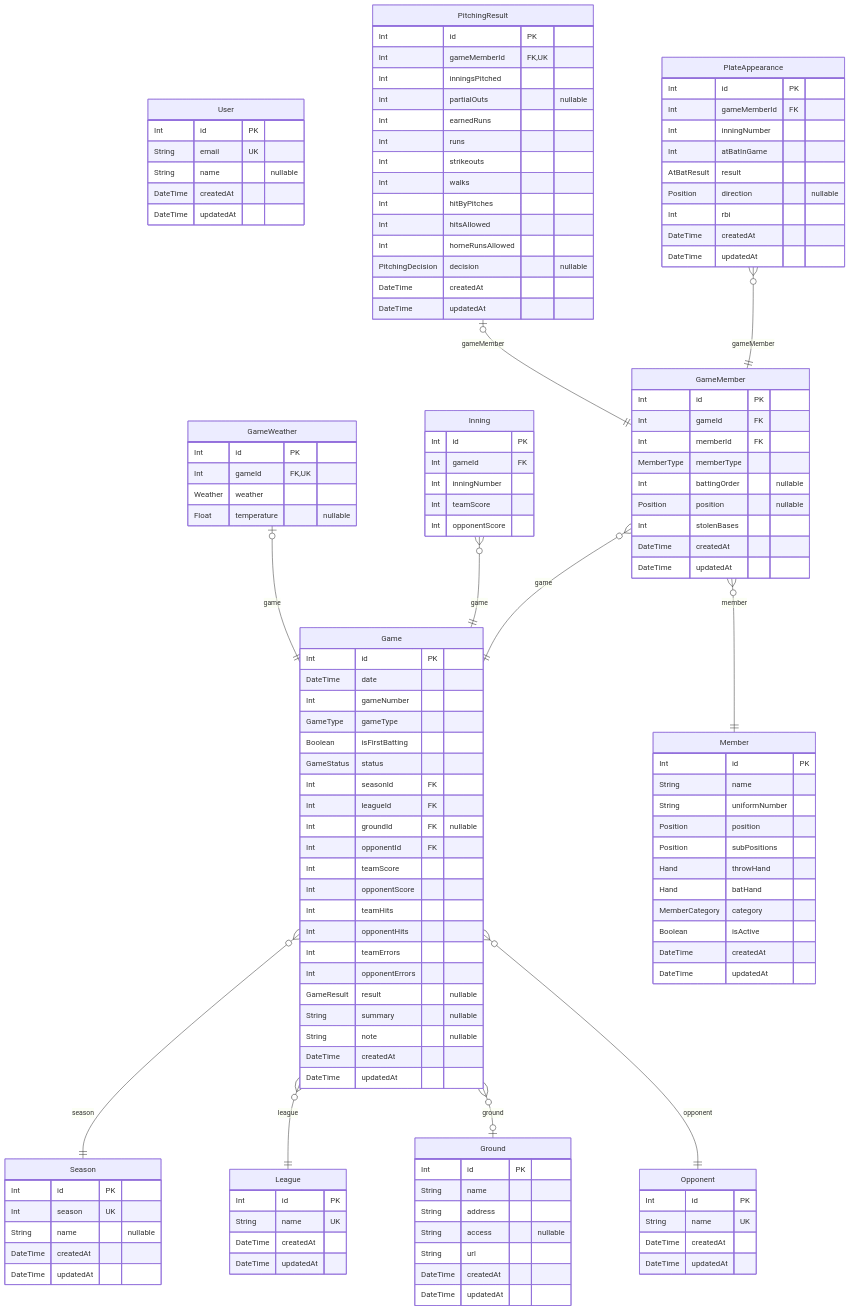
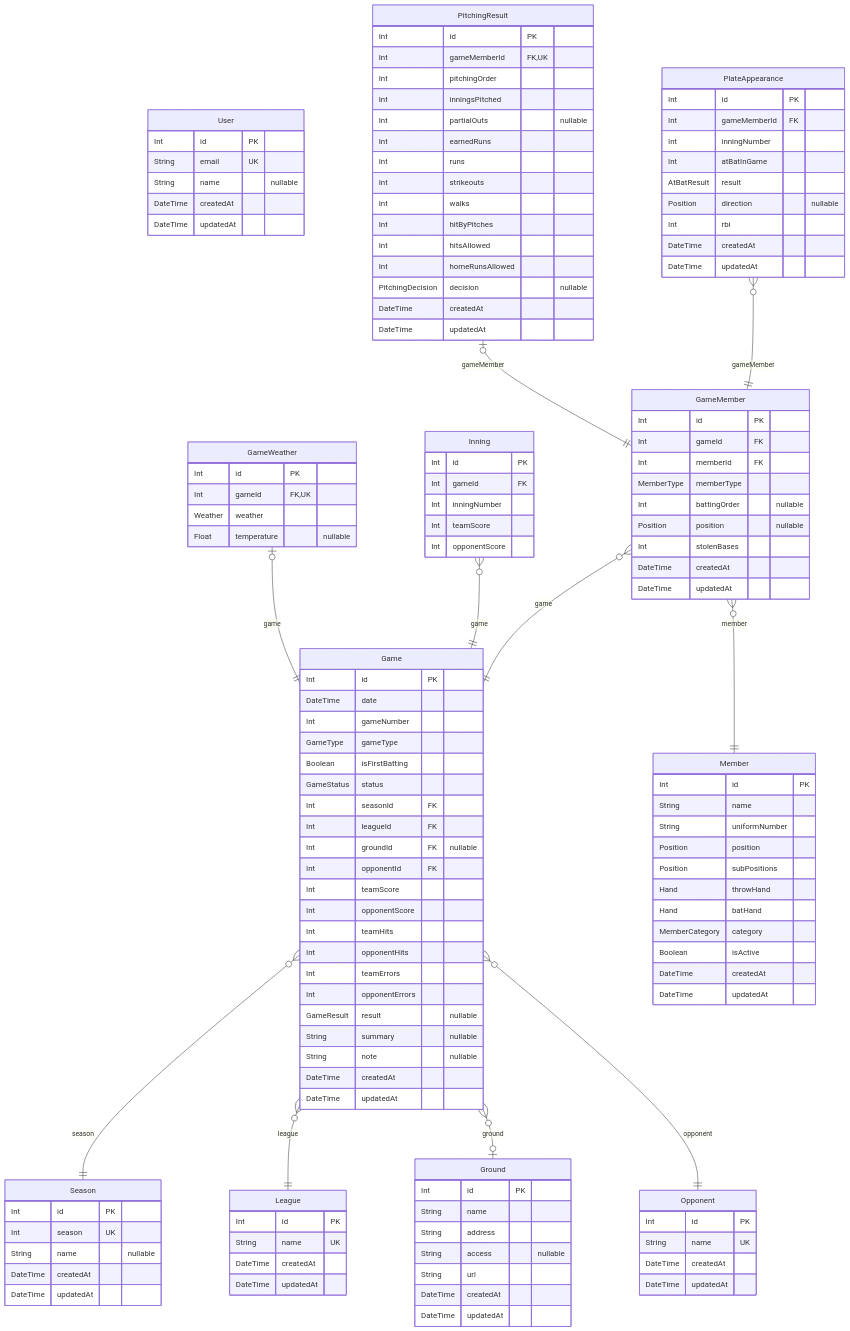
Before and after one commit to keitaroutakahashi/albatross: the diagram in docs/er-diagram.md, drawn with Mermaid. The commit also changed other lines of this file and 27 other files, not shown here.

```diff
--- a/docs/er-diagram.md
+++ b/docs/er-diagram.md
@@ -106,6 +106,7 @@
 "PitchingResult" {
   Int id PK
   Int gameMemberId FK,UK
+  Int pitchingOrder
   Int inningsPitched
   Int partialOuts "nullable"
   Int earnedRuns
```
